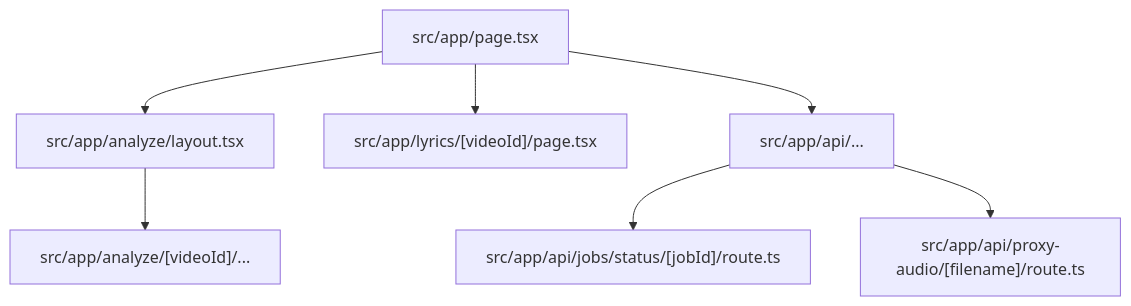
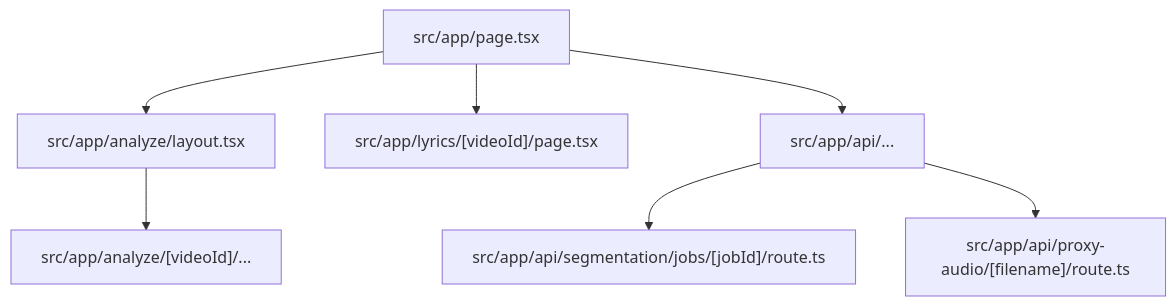
One commit to ptnghia-j/ChordMiniApp changed the tenth of 11 diagrams in .qoder/repowiki/en/content/Architecture and Design/Frontend Architecture/App Router Configuration.md. Above: the diagram before and after it, drawn with Mermaid. The commit also changed other lines of this file and 60 other files, not shown here.

````diff
--- a/.qoder/repowiki/en/content/Architecture and Design/Frontend Architecture/App Router Configuration.md
+++ b/.qoder/repowiki/en/content/Architecture and Design/Frontend Architecture/App Router Configuration.md
@@ -309,9 +309,9 @@
 ```mermaid
 graph TB
 Root["src/app/page.tsx"] --> Analyze["src/app/analyze/layout.tsx"]
 Analyze --> VideoId["src/app/analyze/[videoId]/..."]
 Root --> Lyrics["src/app/lyrics/[videoId]/page.tsx"]
 Root --> API["src/app/api/..."]
-API --> Jobs["src/app/api/jobs/status/[jobId]/route.ts"]
+API --> Jobs["src/app/api/segmentation/jobs/[jobId]/route.ts"]
 API --> Proxy["src/app/api/proxy-audio/[filename]/route.ts"]
 ```
````
